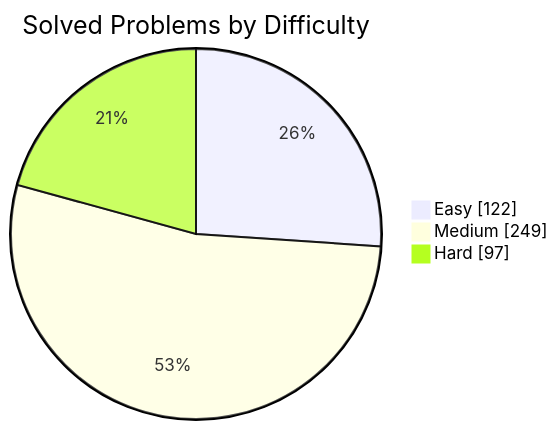
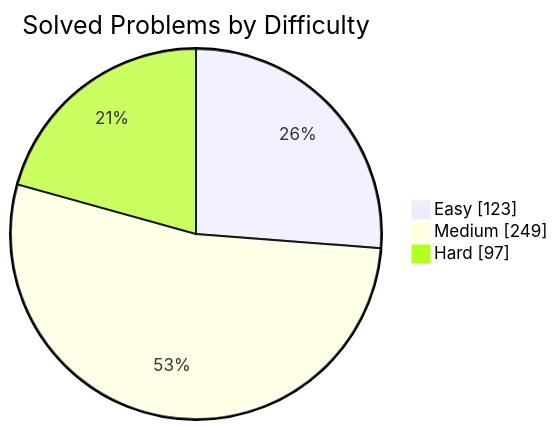
The first of 2 diagrams in README.md (manikantbindass/DSA-Preparation-FAANG), drawn with Mermaid before and after one commit. The commit also changed other lines of this file and 1 other file, not shown here.

````diff
--- a/README.md
+++ b/README.md
@@ -77,7 +77,7 @@
 ```mermaid
 pie showData
     title Solved Problems by Difficulty
-    "Easy" : 122
+    "Easy" : 123
     "Medium" : 249
     "Hard" : 97
 ```
````
